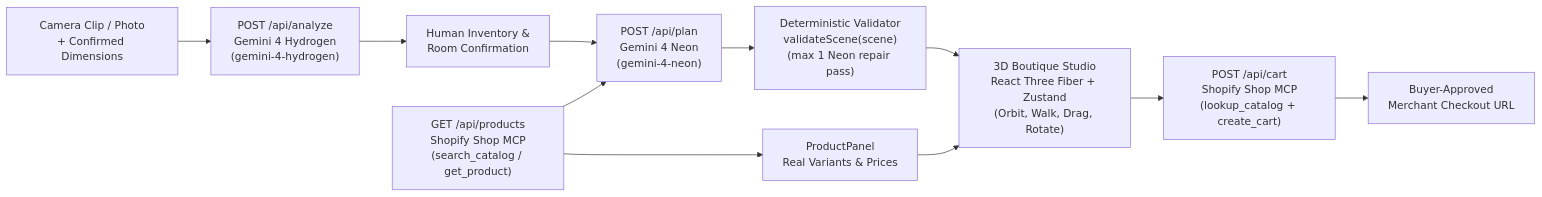
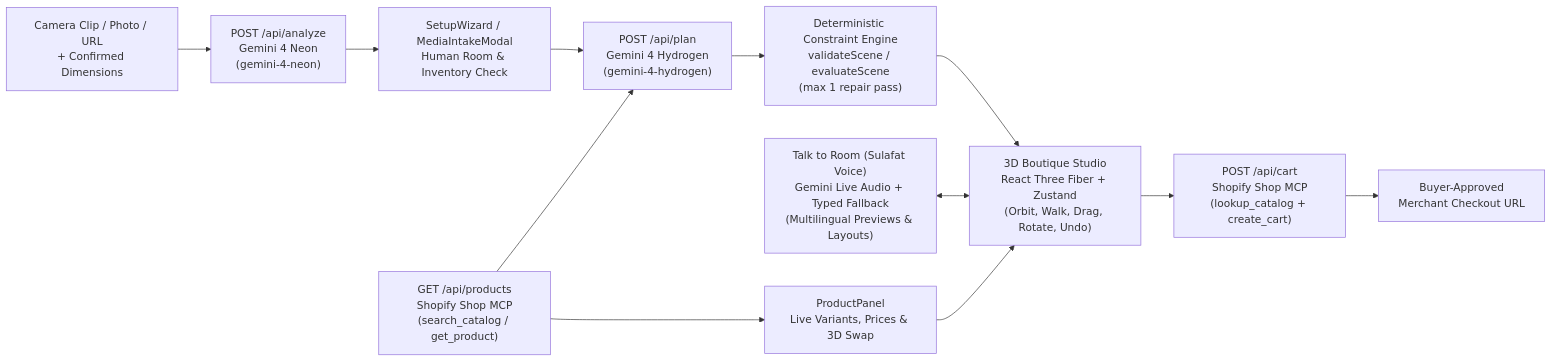
The diagram in README.md (SpatioVerse/SpatioVerse), drawn with Mermaid before and after one commit. The commit also changed other lines of this file, not shown here.

Commit message:
docs(readme): update README with integrated Gemini 4 roles, live Sulafat voice editor, Shopify MCP flow, and 38/38 test table

````diff
--- a/README.md
+++ b/README.md
@@ -36,13 +36,14 @@
 ```mermaid
 flowchart LR
-  Media["Camera Clip / Photo\n+ Confirmed Dimensions"] --> Analyze["POST /api/analyze\nGemini 4 Hydrogen\n(gemini-4-hydrogen)"]
-  Analyze --> Confirm["Human Inventory &\nRoom Confirmation"]
-  Confirm --> Plan["POST /api/plan\nGemini 4 Neon\n(gemini-4-neon)"]
+  Media["Camera Clip / Photo / URL\n+ Confirmed Dimensions"] --> Analyze["POST /api/analyze\nGemini 4 Neon\n(gemini-4-neon)"]
+  Analyze --> Confirm["SetupWizard / MediaIntakeModal\nHuman Room & Inventory Check"]
+  Confirm --> Plan["POST /api/plan\nGemini 4 Hydrogen\n(gemini-4-hydrogen)"]
   ShopSearch["GET /api/products\nShopify Shop MCP\n(search_catalog / get_product)"] --> Plan
-  Plan --> Validator["Deterministic Validator\nvalidateScene(scene)\n(max 1 Neon repair pass)"]
-  Validator --> Studio["3D Boutique Studio\nReact Three Fiber + Zustand\n(Orbit, Walk, Drag, Rotate)"]
-  ShopSearch --> Panel["ProductPanel\nReal Variants & Prices"]
+  Plan --> Validator["Deterministic Constraint Engine\nvalidateScene / evaluateScene\n(max 1 repair pass)"]
+  Validator --> Studio["3D Boutique Studio\nReact Three Fiber + Zustand\n(Orbit, Walk, Drag, Rotate, Undo)"]
+  Voice["Talk to Room (Sulafat Voice)\nGemini Live Audio + Typed Fallback\n(Multilingual Previews & Layouts)"] <--> Studio
+  ShopSearch --> Panel["ProductPanel\nLive Variants, Prices & 3D Swap"]
   Panel --> Studio
   Studio --> Cart["POST /api/cart\nShopify Shop MCP\n(lookup_catalog + create_cart)"]
   Cart --> Checkout["Buyer-Approved\nMerchant Checkout URL"]
 ```
````
